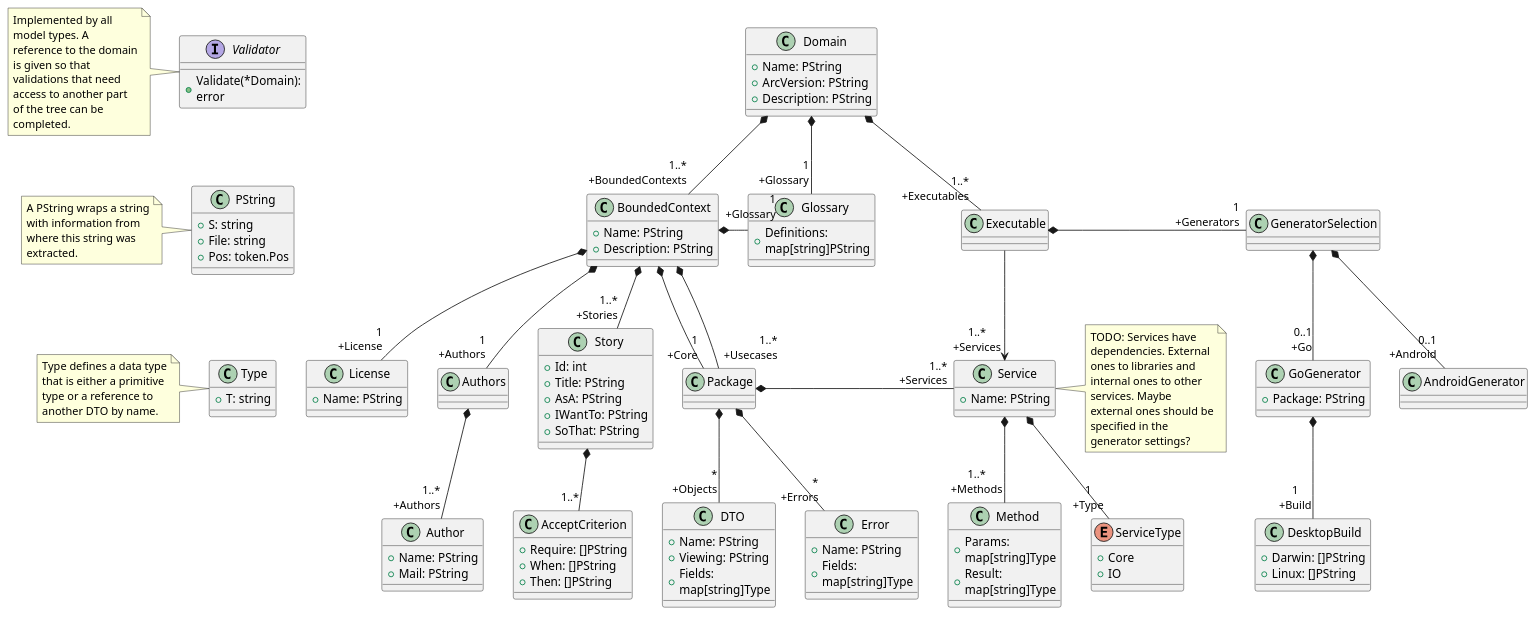
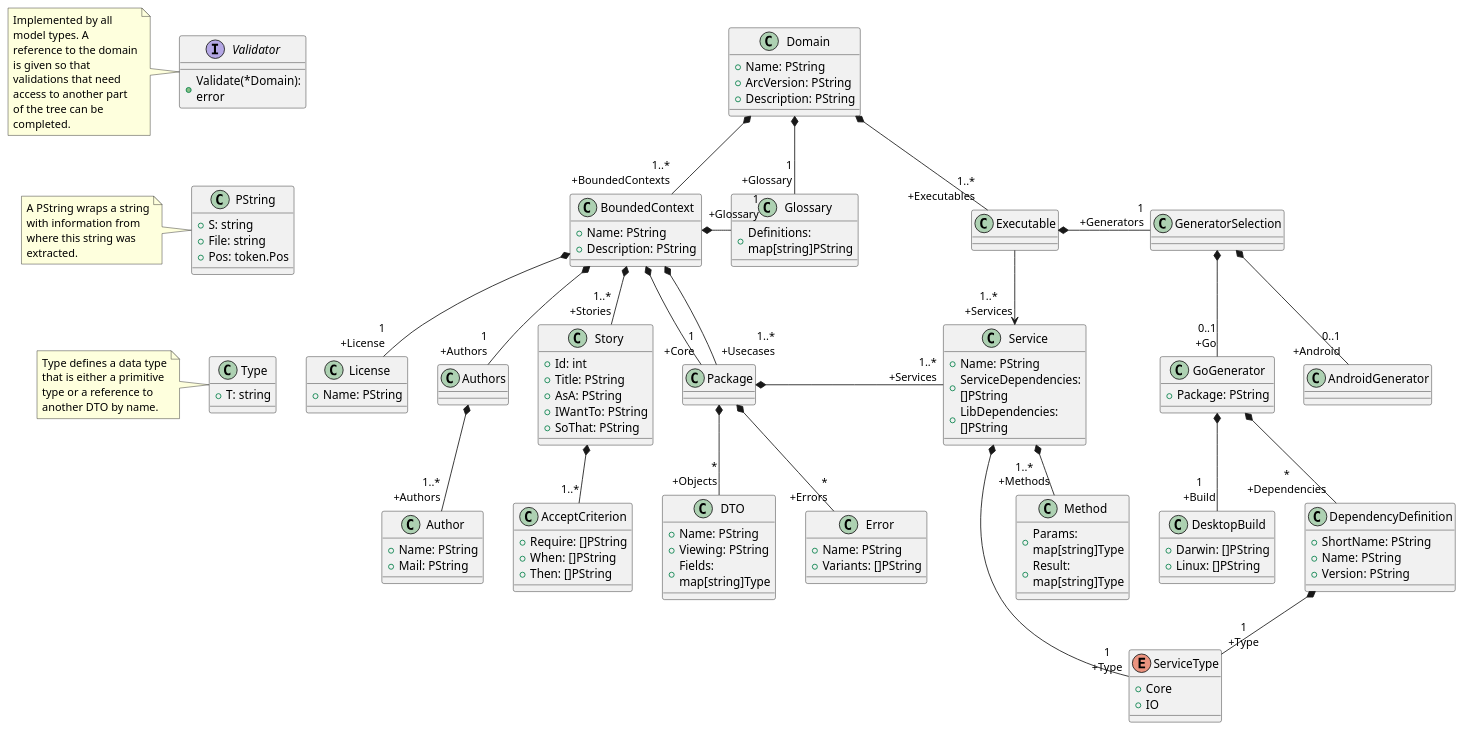
Before and after one commit to golangee/architecture: the diagram in docs/Architecture_Model.puml, drawn with PlantUML. The commit also changed 17 other files, not shown here.

```diff
--- a/docs/Architecture_Model.puml
+++ b/docs/Architecture_Model.puml
@@ -1,139 +1,145 @@
 @startuml Architecture_Model
 
 skinparam {
     wrapWidth 150
 }
 
 interface Validator {
     + Validate(*Domain): error
 }
 note left
     Implemented by all model types. A reference to the domain is given so that validations that need access to another part of the tree can be completed.
 end note
 
 class Type {
     + T: string
 }
 note left
     Type defines a data type that is either a primitive type or a reference to another DTO by name.
 end note
 
 class PString {
     + S: string
     + File: string
     + Pos: token.Pos
 }
 note left
     A PString wraps a string with information from where this string was extracted.
 end note
 
 ' Some hidden arrows to lay out the lonely types.
 Validator -[hidden]-> PString
 PString -[hidden]-> Type
 
 class Domain {
     + Name: PString
     + ArcVersion: PString
     + Description: PString
 }
 Domain *- "1\r+Glossary" Glossary
 Domain *-- "1..*\r+BoundedContexts" BoundedContext
 Domain *-- "1..*\r+Executables" Executable
 
 class BoundedContext {
     + Name: PString
     + Description: PString
 }
 BoundedContext *-- "1\r+License" License
 BoundedContext *-- "1\r+Authors" Authors
 BoundedContext *-- "1..*\r+Stories" Story
 BoundedContext *- "1\r+Glossary" Glossary
 BoundedContext *-- "1\r+Core" Package
 BoundedContext *-- "1..*\r+Usecases" Package
 
 class Package {}
 Package *-- "*\r+Objects" DTO
 Package *-- "*\r+Errors" Error
 Package *-[norank]- "1..*\r+Services" Service
 
 class Authors {}
 Authors *-- "1..*\r+Authors" Author
 
 class Author {
     + Name: PString
     + Mail: PString
 }
 
 class License {
     + Name: PString
 }
 
 class Glossary {
     +Definitions: map[string]PString
 }
 
 class Story {
     + Id: int
     + Title: PString
     + AsA: PString
     + IWantTo: PString
     + SoThat: PString
 }
 Story *-- "1..*" AcceptCriterion
 
 class AcceptCriterion {
     + Require: []PString
     + When: []PString
     + Then: []PString
 }
 
 class GeneratorSelection {}
 GeneratorSelection *-- "0..1\r+Go" GoGenerator
 GeneratorSelection *-- "0..1\r+Android" AndroidGenerator
 
 class GoGenerator {
     + Package: PString
 }
 GoGenerator *-- "1\n+Build" DesktopBuild
+GoGenerator *-- "*\n+Dependencies" DependencyDefinition
+
+class DependencyDefinition {
+    + ShortName: PString
+    + Name: PString
+    + Version: PString
+}
+DependencyDefinition *-- "1\n+Type" ServiceType
 
 class DesktopBuild {
     + Darwin: []PString
     + Linux: []PString
 }
 
 class DTO {
     + Name: PString
     + Viewing: PString
     + Fields: map[string]Type
 }
 
 class Error {
     + Name: PString
-    + Fields: map[string]Type
+    + Variants: []PString
 }
 
 class Service {
     + Name: PString
+    + ServiceDependencies: []PString
+    + LibDependencies: []PString
 }
 Service *-- "1..*\n+Methods" Method
 Service *-- "1\n+Type" ServiceType
 
 enum ServiceType {
     + Core
     + IO
 }
-
-note right of Service
-    TODO: Services have dependencies. External ones to libraries and internal ones to other services. Maybe external ones should be specified in the generator settings?
-end note
 
 class Method {
     +Params: map[string]Type
     +Result: map[string]Type
 }
 
 class Executable {}
 Executable --> "1..*\n+Services" Service
 Executable *- "1\r+Generators" GeneratorSelection
 
 @enduml
```
